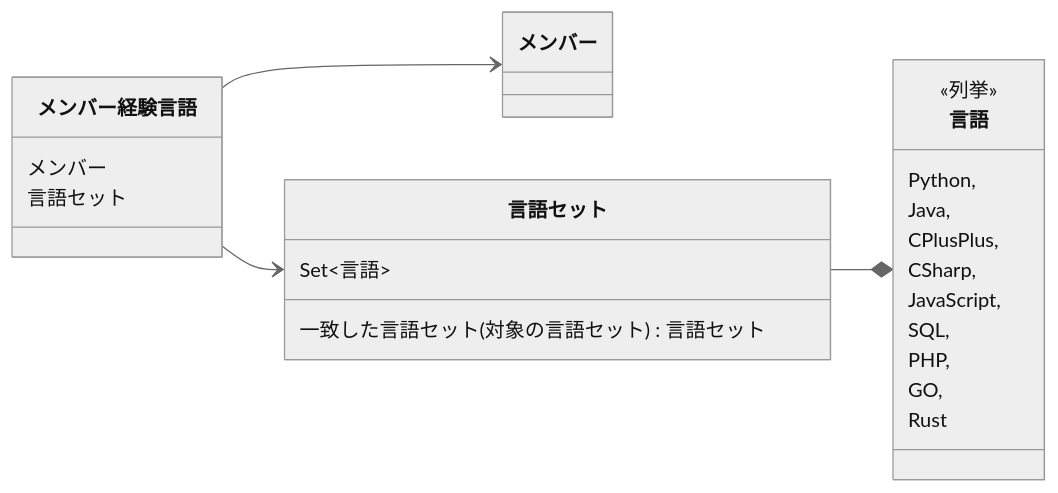
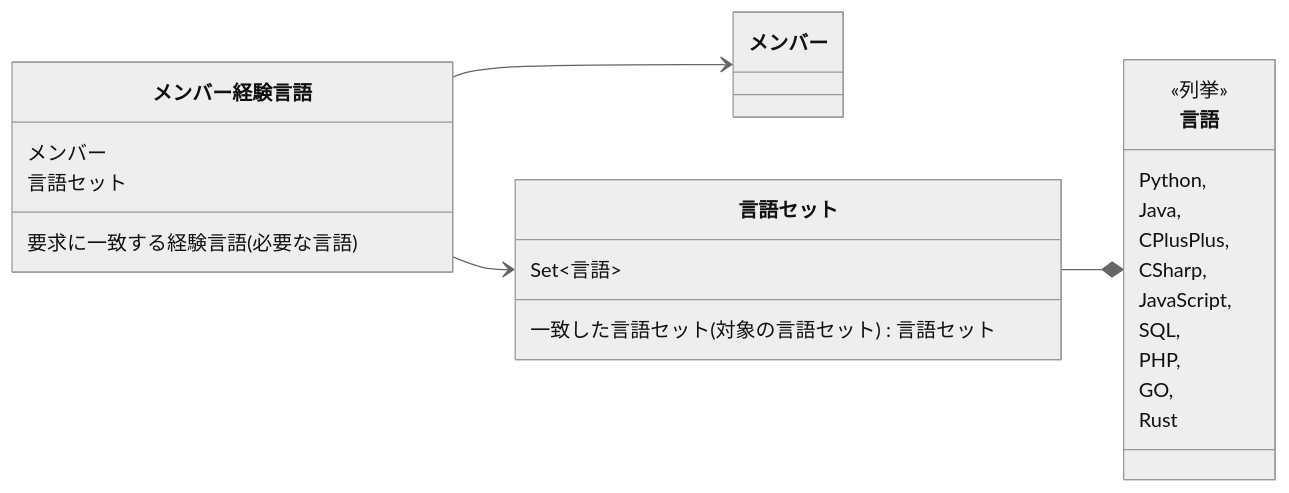
One commit to masuda220/business-logic-patterns changed the diagram in src/main/java/com/example/domain/model/jjugccc2024/advanced/matching/概要.mmd. Above: the diagram before and after it, drawn with Mermaid (neutral theme).

Commit message:
スキルマッチング 図の修正

```diff
--- a/src/main/java/com/example/domain/model/jjugccc2024/advanced/matching/概要.mmd
+++ b/src/main/java/com/example/domain/model/jjugccc2024/advanced/matching/概要.mmd
@@ -1,28 +1,29 @@
 classDiagram
     direction LR
     メンバー経験言語 --> メンバー
     メンバー経験言語 --> 言語セット
     言語セット --* 言語
 
     class メンバー経験言語 {
         メンバー
         言語セット
+        要求に一致する経験言語(必要な言語)
     }
 
     class 言語セット {
         Set~言語~
         一致した言語セット(対象の言語セット) 言語セット
     }
 
     class 言語 {
         <<列挙>>
         Python,
         Java,
         CPlusPlus,
         CSharp,
         JavaScript,
         SQL,
         PHP,
         GO,
         Rust
     }
```
